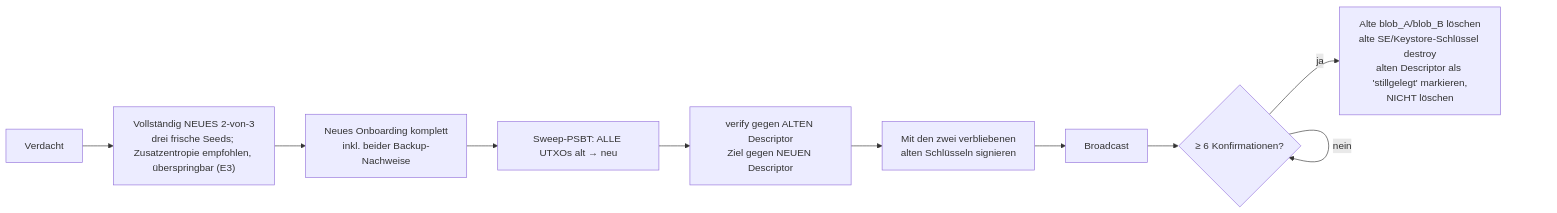
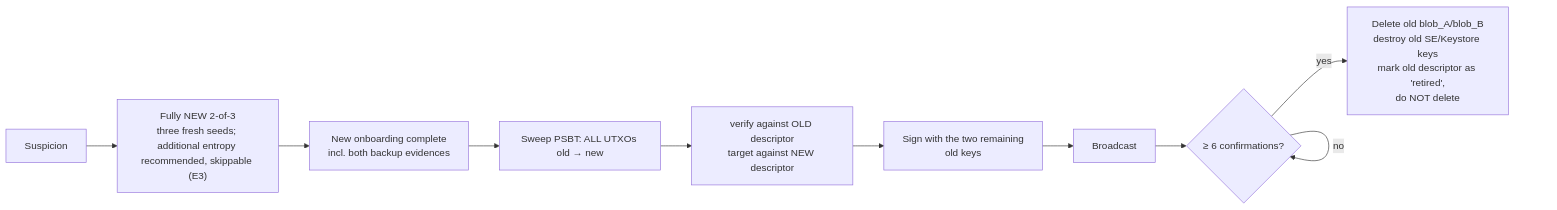
One commit to joshuakrueger-dfx/Bitcoin-Trinity changed the eighth of 9 diagrams in docs/SPECIFICATION.md. Above: the diagram before and after it, drawn with Mermaid. The commit also changed other lines of this file and 28 other files, not shown here.

````diff
--- a/docs/SPECIFICATION.md
+++ b/docs/SPECIFICATION.md
@@ -1876,12 +1876,12 @@
 ```mermaid
 flowchart LR
-    C0["Verdacht"] --> C1["Vollständig NEUES 2-von-3<br/>drei frische Seeds; Zusatzentropie empfohlen, überspringbar (E3)"]
-    C1 --> C2["Neues Onboarding komplett<br/>inkl. beider Backup-Nachweise"]
-    C2 --> C3["Sweep-PSBT: ALLE UTXOs alt → neu"]
-    C3 --> C4["verify gegen ALTEN Descriptor<br/>Ziel gegen NEUEN Descriptor"]
-    C4 --> C5["Mit den zwei verbliebenen<br/>alten Schlüsseln signieren"]
+    C0["Suspicion"] --> C1["Fully NEW 2-of-3<br/>three fresh seeds; additional entropy recommended, skippable (E3)"]
+    C1 --> C2["New onboarding complete<br/>incl. both backup evidences"]
+    C2 --> C3["Sweep PSBT: ALL UTXOs old → new"]
+    C3 --> C4["verify against OLD descriptor<br/>target against NEW descriptor"]
+    C4 --> C5["Sign with the two remaining<br/>old keys"]
     C5 --> C6["Broadcast"]
-    C6 --> C7{"≥ 6 Konfirmationen?"}
-    C7 -->|"nein"| C7
-    C7 -->|"ja"| C8["Alte blob_A/blob_B löschen<br/>alte SE/Keystore-Schlüssel destroy<br/>alten Descriptor als 'stillgelegt' markieren,<br/>NICHT löschen"]
+    C6 --> C7{"≥ 6 confirmations?"}
+    C7 -->|"no"| C7
+    C7 -->|"yes"| C8["Delete old blob_A/blob_B<br/>destroy old SE/Keystore keys<br/>mark old descriptor as 'retired',<br/>do NOT delete"]
 ```
````
